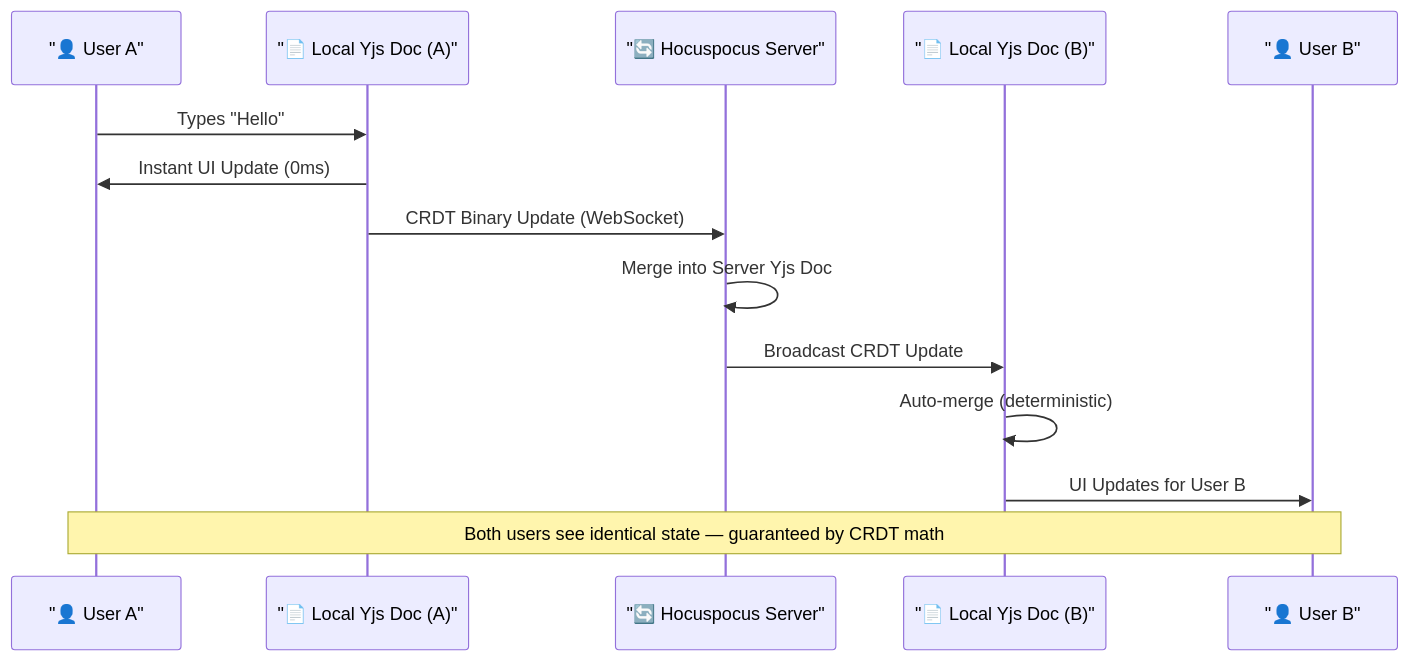
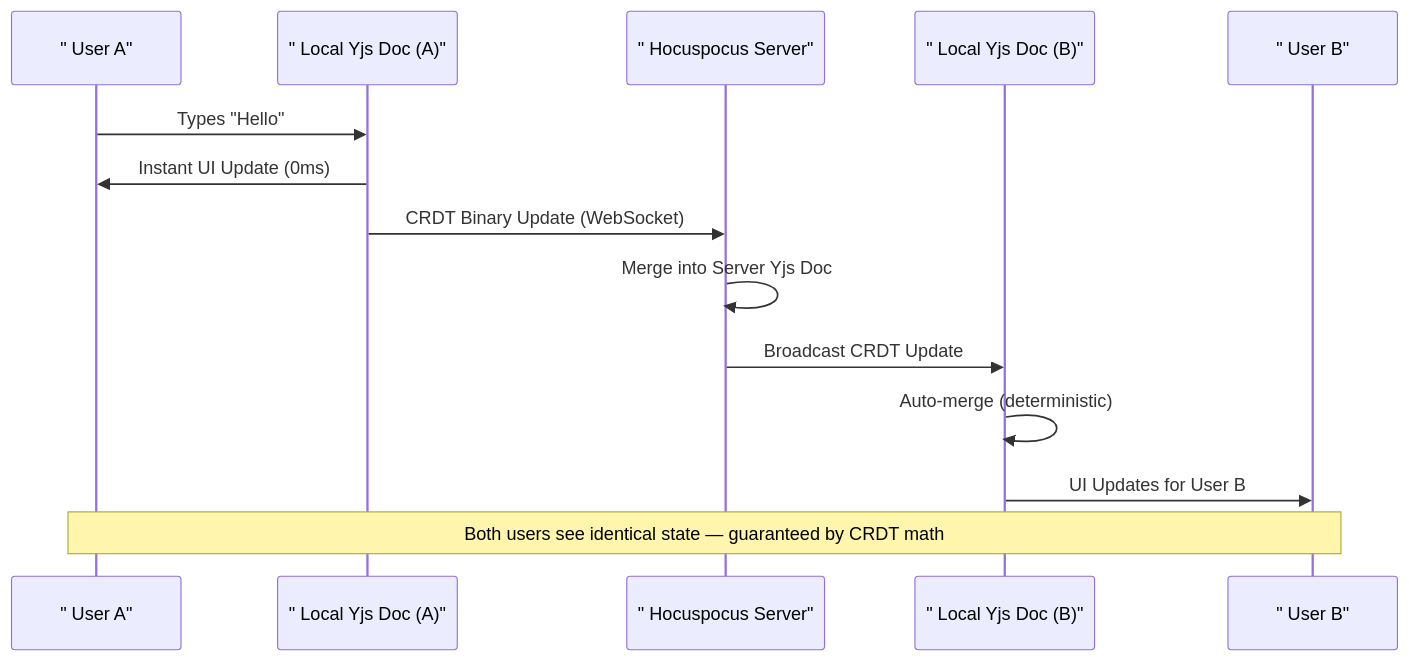
Before and after one commit to Panchadip-128/Syncpad-Distributed-State-Synchronization-Engine: the second of 4 diagrams in README.md, drawn with Mermaid. The commit also changed other lines of this file, not shown here.

````diff
--- a/README.md
+++ b/README.md
@@ -204,18 +204,18 @@
 ```mermaid
 sequenceDiagram
-    participant U1 as "👤 User A"
-    participant Y1 as "📄 Local Yjs Doc (A)"
-    participant S as "🔄 Hocuspocus Server"
-    participant Y2 as "📄 Local Yjs Doc (B)"
-    participant U2 as "👤 User B"
+    participant U1 as " User A"
+    participant Y1 as " Local Yjs Doc (A)"
+    participant S as " Hocuspocus Server"
+    participant Y2 as " Local Yjs Doc (B)"
+    participant U2 as " User B"
     
     U1->>Y1: Types "Hello"
     Y1->>U1: Instant UI Update (0ms)
     Y1->>S: CRDT Binary Update (WebSocket)
     S->>S: Merge into Server Yjs Doc
     S->>Y2: Broadcast CRDT Update
     Y2->>Y2: Auto-merge (deterministic)
     Y2->>U2: UI Updates for User B
     
     Note over U1,U2: Both users see identical state — guaranteed by CRDT math
 ```
````
